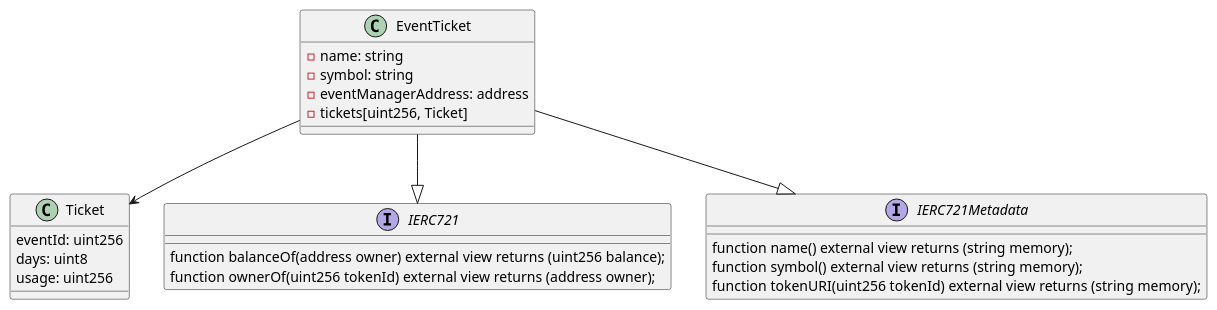
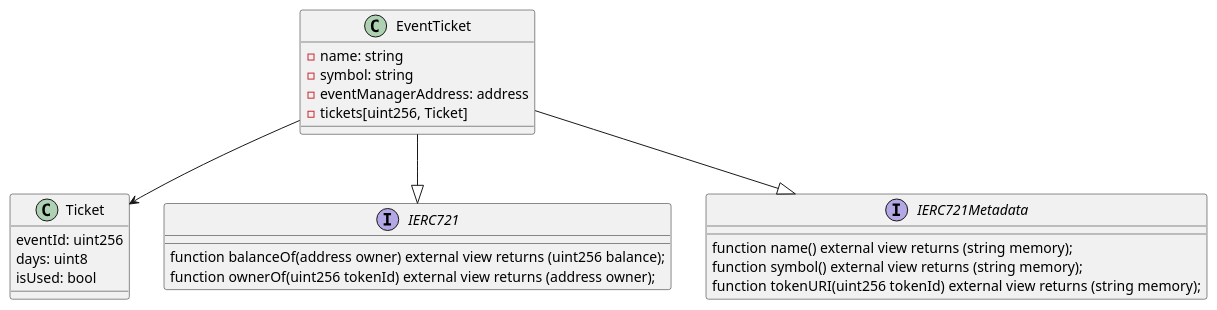
Diagram 20 of 25 in README.org (ai-shift/cyber-valley-tickets), drawn with PlantUML before and after one commit. The commit also changed other lines of this file and 9 other files, not shown here.

```diff
--- a/README.org
+++ b/README.org
@@ -640,29 +640,29 @@
 #+begin_src plantuml :file ./img/event-ticket.png
 class EventTicket {
   - name: string
   - symbol: string
   - eventManagerAddress: address
   - tickets[uint256, Ticket]
 }
 
 class Ticket {
   eventId: uint256
   days: uint8
-  usage: uint256
+  isUsed: bool
 }
 
 interface IERC721 {
     function balanceOf(address owner) external view returns (uint256 balance);
     function ownerOf(uint256 tokenId) external view returns (address owner);
 }
 
 interface IERC721Metadata {
     function name() external view returns (string memory);
     function symbol() external view returns (string memory);
     function tokenURI(uint256 tokenId) external view returns (string memory);
 }
 
 EventTicket --> Ticket
 EventTicket --|> IERC721
 EventTicket --|> IERC721Metadata
 #+end_src
```
